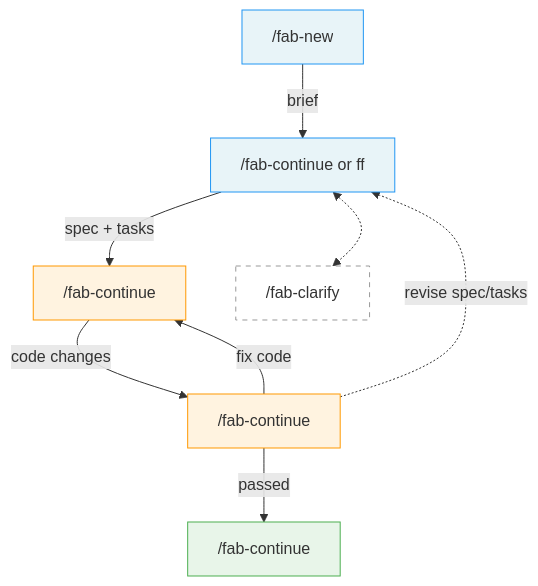
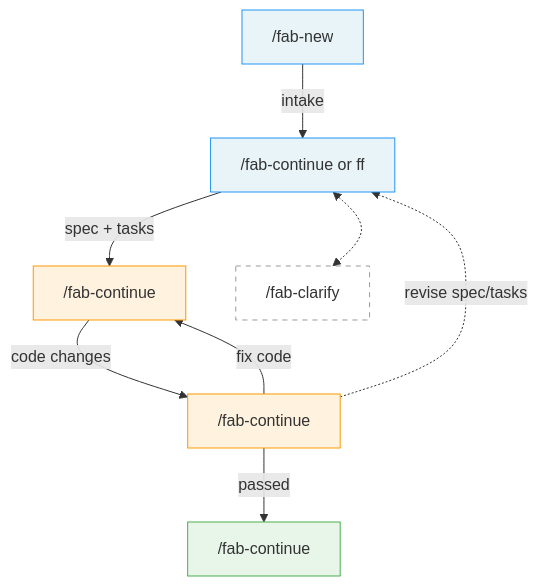
Before and after one commit to sahil87/fab-kit: the second of 2 diagrams in docs/specs/overview.md, drawn with Mermaid. The commit also changed other lines of this file and 38 other files, not shown here.

First line of the commit message:
Rename brief stage to intake across fab-kit pipeline (#96)

````diff
--- a/docs/specs/overview.md
+++ b/docs/specs/overview.md
@@ -99,24 +99,24 @@
 ```mermaid
 flowchart TD
     NEW["/fab-new"]
     THINK["/fab-continue or ff"]
     APPLY["/fab-continue"]
     REVIEW["/fab-continue"]
     ARCHIVE["/fab-continue"]
     THINK ~~~ CLARIFY["/fab-clarify"]
 
-    NEW -->|brief| THINK
+    NEW -->|intake| THINK
     THINK -->|spec + tasks| APPLY
     APPLY -->|code changes| REVIEW
     REVIEW -->|passed| ARCHIVE
     REVIEW -->|fix code| APPLY
     REVIEW -.->|revise spec/tasks| THINK
     THINK <-.-> CLARIFY
 
     style NEW fill:#e8f4f8,stroke:#2196F3
     style THINK fill:#e8f4f8,stroke:#2196F3
     style APPLY fill:#fff3e0,stroke:#FF9800
     style REVIEW fill:#fff3e0,stroke:#FF9800
     style ARCHIVE fill:#e8f5e9,stroke:#4CAF50
     style CLARIFY fill:#fff,stroke:#999,stroke-dasharray: 5 5
 ```
````
